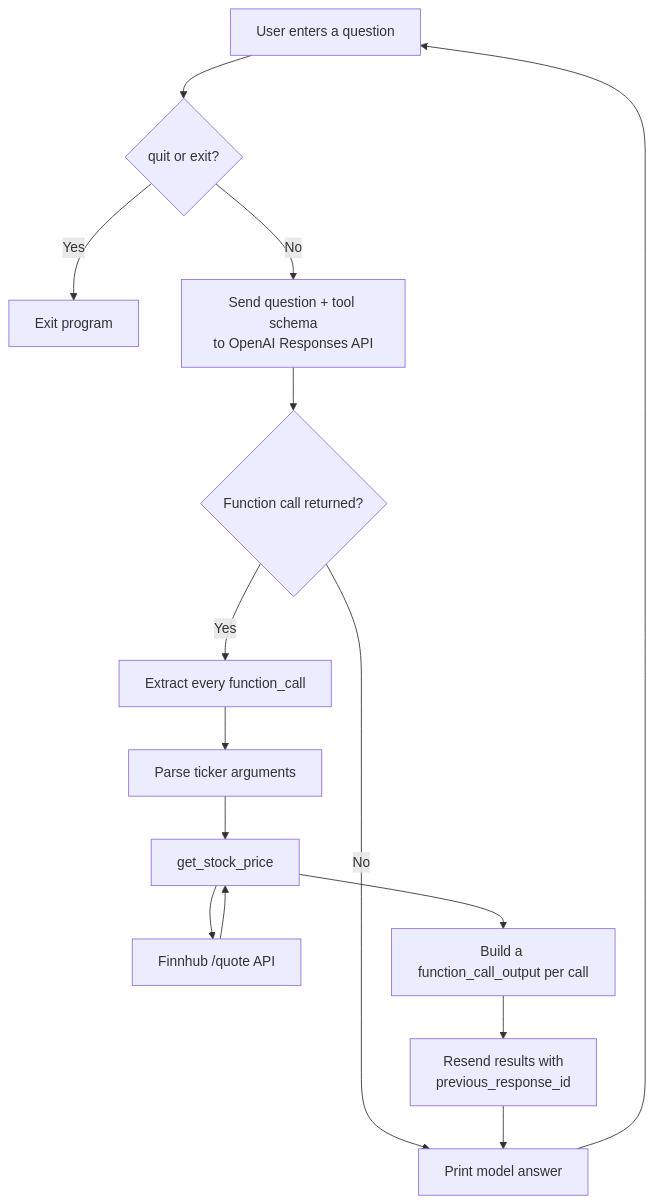
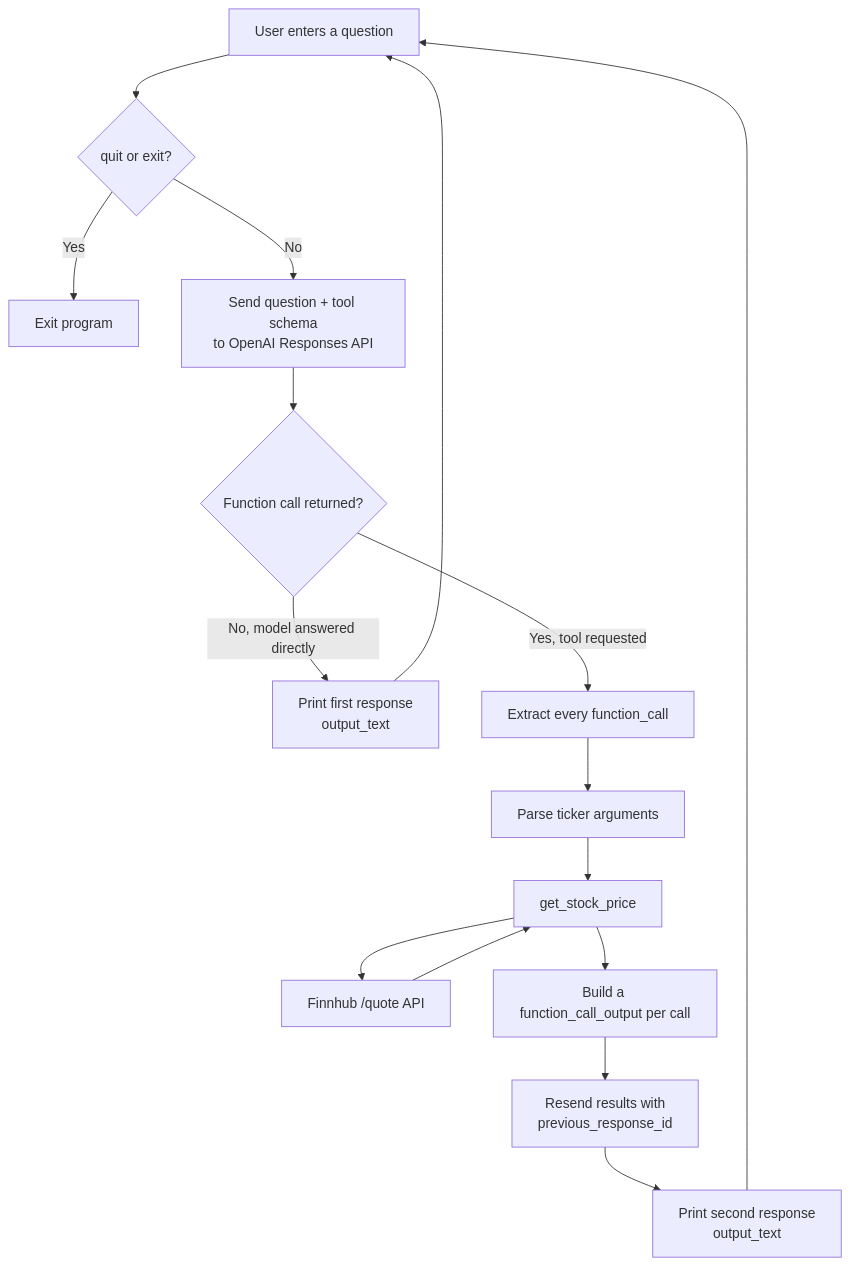
The diagram in ToolCalling/README.md (KiranGunturu/GenAI), drawn with Mermaid before and after one commit.

Commit message:
README added

````diff
--- a/ToolCalling/README.md
+++ b/ToolCalling/README.md
@@ -19,17 +19,18 @@
 ```mermaid
 flowchart TD
     A[User enters a question] --> B{quit or exit?}
     B -- Yes --> Z[Exit program]
     B -- No --> C[Send question + tool schema<br/>to OpenAI Responses API]
     C --> D{Function call returned?}
-    D -- No --> E[Print model answer]
-    D -- Yes --> F[Extract every function_call]
+    D -- No, model answered directly --> E1[Print first response<br/>output_text]
+    D -- Yes, tool requested --> F[Extract every function_call]
     F --> G[Parse ticker arguments]
     G --> H[get_stock_price]
     H --> I[Finnhub /quote API]
     I --> H
     H --> J[Build a function_call_output per call]
     J --> K[Resend results with<br/>previous_response_id]
-    K --> E
-    E --> A
+    K --> E2[Print second response<br/>output_text]
+    E1 --> A
+    E2 --> A
 ```
````
